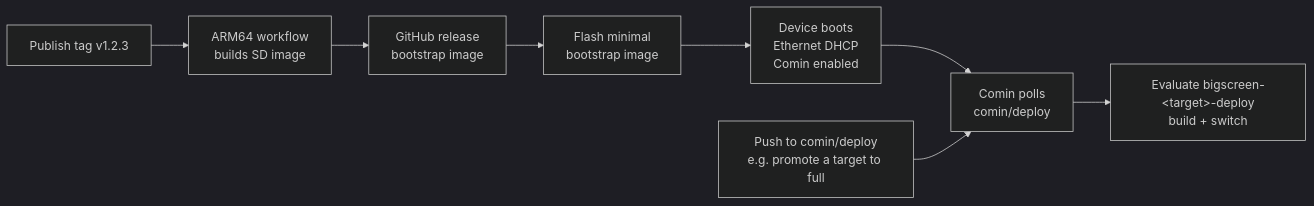
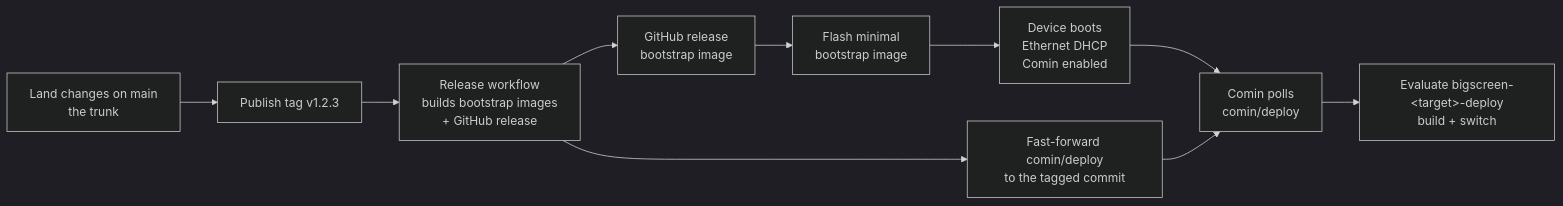
The diagram in README.md (kiweezi/bigscreen), drawn with Mermaid (dark theme) before and after one commit. The commit also changed other lines of this file and 1 other file, not shown here.

Commit message:
Cut releases by tag and fast-forward comin/deploy in CI

````diff
--- a/README.md
+++ b/README.md
@@ -31,10 +49,12 @@
 ```mermaid
 flowchart LR
-  A[Flash minimal<br/>bootstrap image] --> B[Device boots<br/>Ethernet DHCP<br/>Comin enabled]
+  M[Land changes on main<br/>the trunk] --> T[Publish tag v1.2.3]
+  T --> G[Release workflow<br/>builds bootstrap images<br/>+ GitHub release]
+  G --> H[GitHub release<br/>bootstrap image]
+  H --> A[Flash minimal<br/>bootstrap image]
+  A --> B[Device boots<br/>Ethernet DHCP<br/>Comin enabled]
   B --> C[Comin polls<br/>comin/deploy]
   C --> D[Evaluate bigscreen-&lt;target&gt;-deploy<br/>build + switch]
-  E[Push to comin/deploy<br/>e.g. promote a target to full] --> C
-  F[Publish tag v1.2.3] --> G[ARM64 workflow<br/>builds SD image]
-  G --> H[GitHub release<br/>bootstrap image]
-  H --> A
+  G --> E[Fast-forward comin/deploy<br/>to the tagged commit]
+  E --> C
 ```
````
